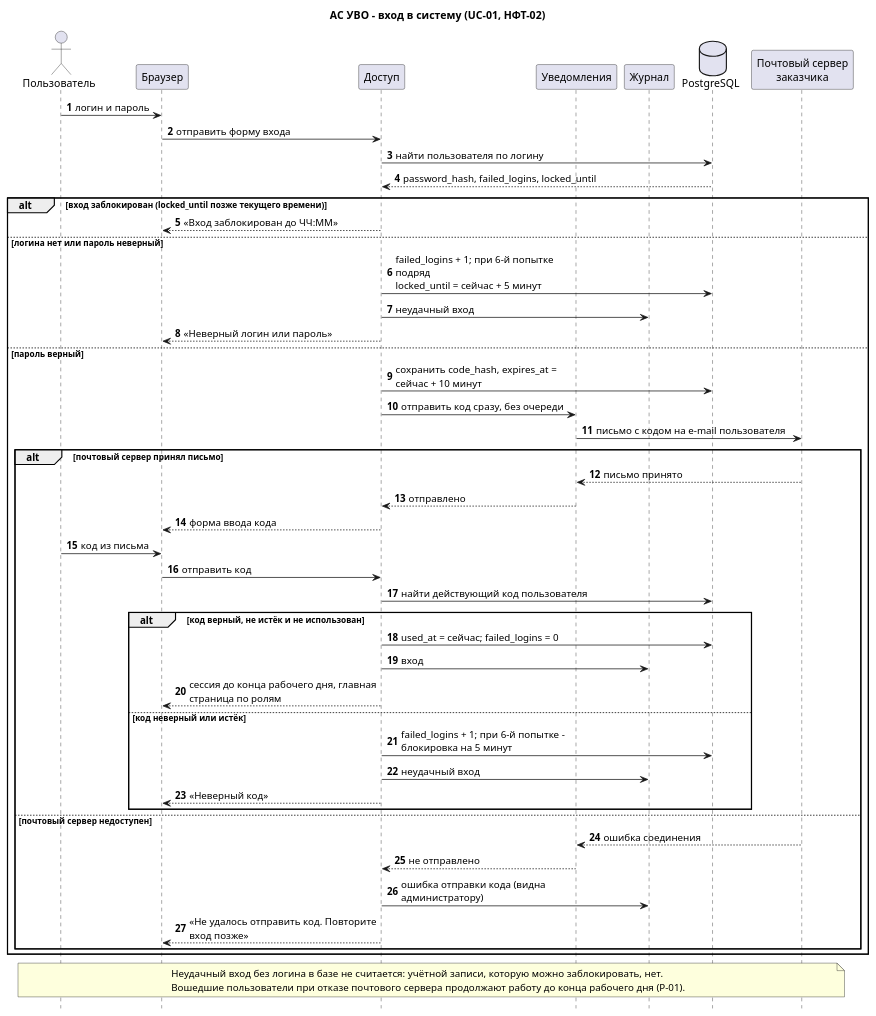
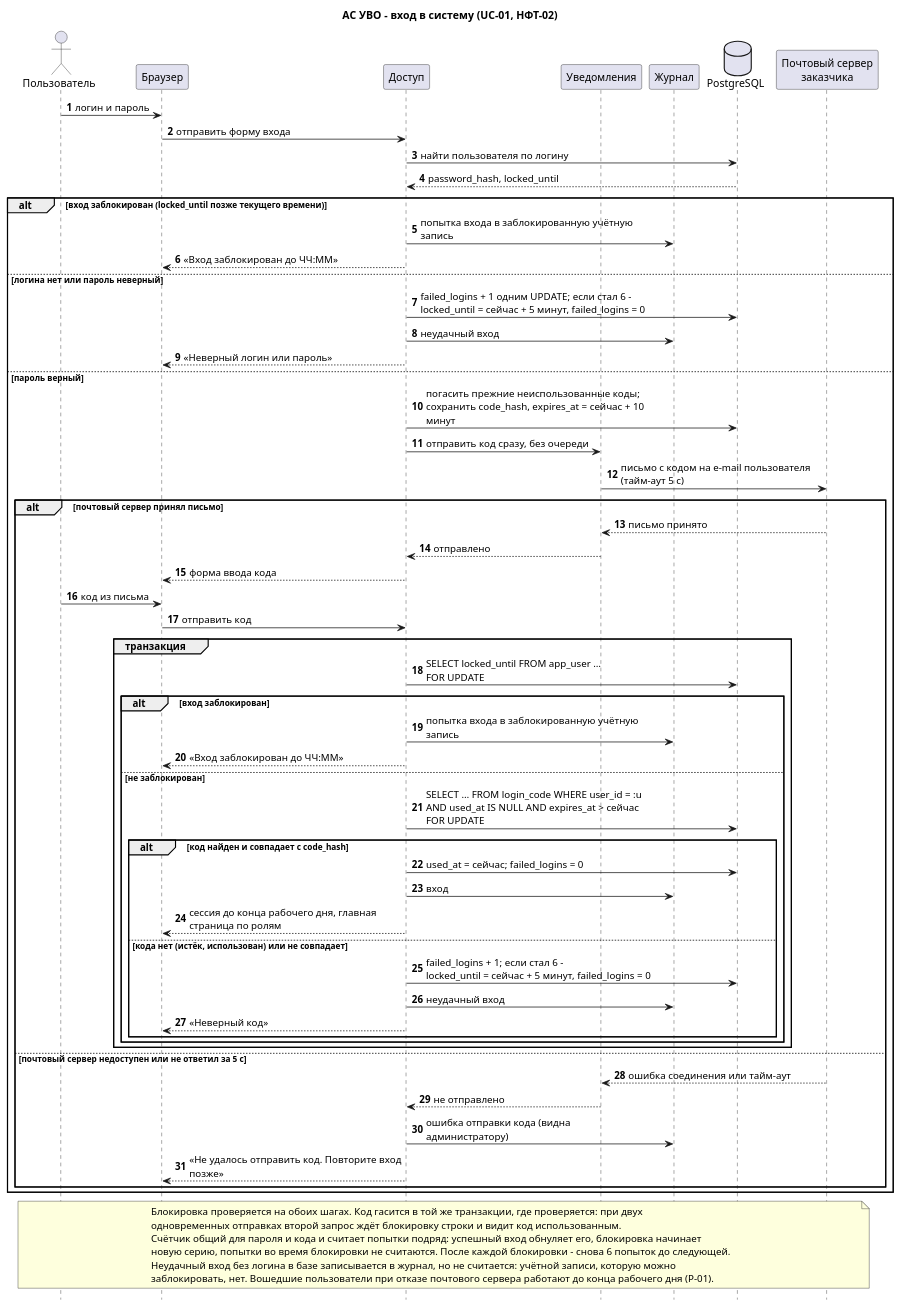
One commit to Rezak159/project-management changed the diagram in Lab2/docs/diagrams/sequence-login.puml. Above: the diagram before and after it, drawn with PlantUML. The commit also changed 50 other files, not shown here.

```diff
--- a/Lab2/docs/diagrams/sequence-login.puml
+++ b/Lab2/docs/diagrams/sequence-login.puml
@@ -1,62 +1,75 @@
 @startuml
 title АС УВО – вход в систему (UC-01, НФТ-02)
 skinparam shadowing false
 skinparam defaultFontName Arial
 skinparam sequenceMessageAlign left
 skinparam responseMessageBelowArrow true
-skinparam maxMessageSize 260
+skinparam maxMessageSize 300
 hide footbox
 autonumber
 
 actor "Пользователь" as U
 participant "Браузер" as B
 participant "Доступ" as ACC
 participant "Уведомления" as NTF
 participant "Журнал" as LOG
 database "PostgreSQL" as DB
 participant "Почтовый сервер\nзаказчика" as SMTP
 
 U -> B : логин и пароль
 B -> ACC : отправить форму входа
 ACC -> DB : найти пользователя по логину
-DB --> ACC : password_hash, failed_logins, locked_until
+DB --> ACC : password_hash, locked_until
 
 alt вход заблокирован (locked_until позже текущего времени)
+  ACC -> LOG : попытка входа в заблокированную учётную запись
   ACC --> B : «Вход заблокирован до ЧЧ:ММ»
 else логина нет или пароль неверный
-  ACC -> DB : failed_logins + 1; при 6-й попытке подряд\nlocked_until = сейчас + 5 минут
+  ACC -> DB : failed_logins + 1 одним UPDATE; если стал 6 –\nlocked_until = сейчас + 5 минут, failed_logins = 0
   ACC -> LOG : неудачный вход
   ACC --> B : «Неверный логин или пароль»
 else пароль верный
-  ACC -> DB : сохранить code_hash, expires_at = сейчас + 10 минут
+  ACC -> DB : погасить прежние неиспользованные коды;\nсохранить code_hash, expires_at = сейчас + 10 минут
   ACC -> NTF : отправить код сразу, без очереди
-  NTF -> SMTP : письмо с кодом на e-mail пользователя
+  NTF -> SMTP : письмо с кодом на e-mail пользователя (тайм-аут 5 с)
   alt почтовый сервер принял письмо
     SMTP --> NTF : письмо принято
     NTF --> ACC : отправлено
     ACC --> B : форма ввода кода
     U -> B : код из письма
     B -> ACC : отправить код
-    ACC -> DB : найти действующий код пользователя
-    alt код верный, не истёк и не использован
-      ACC -> DB : used_at = сейчас; failed_logins = 0
-      ACC -> LOG : вход
-      ACC --> B : сессия до конца рабочего дня, главная страница по ролям
-    else код неверный или истёк
-      ACC -> DB : failed_logins + 1; при 6-й попытке – блокировка на 5 минут
-      ACC -> LOG : неудачный вход
-      ACC --> B : «Неверный код»
+    group транзакция
+      ACC -> DB : SELECT locked_until FROM app_user …\nFOR UPDATE
+      alt вход заблокирован
+        ACC -> LOG : попытка входа в заблокированную учётную запись
+        ACC --> B : «Вход заблокирован до ЧЧ:ММ»
+      else не заблокирован
+        ACC -> DB : SELECT … FROM login_code WHERE user_id = :u\nAND used_at IS NULL AND expires_at > сейчас\nFOR UPDATE
+        alt код найден и совпадает с code_hash
+          ACC -> DB : used_at = сейчас; failed_logins = 0
+          ACC -> LOG : вход
+          ACC --> B : сессия до конца рабочего дня, главная страница по ролям
+        else кода нет (истёк, использован) или не совпадает
+          ACC -> DB : failed_logins + 1; если стал 6 –\nlocked_until = сейчас + 5 минут, failed_logins = 0
+          ACC -> LOG : неудачный вход
+          ACC --> B : «Неверный код»
+        end
+      end
     end
-  else почтовый сервер недоступен
-    SMTP --> NTF : ошибка соединения
+  else почтовый сервер недоступен или не ответил за 5 с
+    SMTP --> NTF : ошибка соединения или тайм-аут
     NTF --> ACC : не отправлено
     ACC -> LOG : ошибка отправки кода (видна администратору)
     ACC --> B : «Не удалось отправить код. Повторите вход позже»
   end
 end
 
 note over U, SMTP
-Неудачный вход без логина в базе не считается: учётной записи, которую можно заблокировать, нет.
-Вошедшие пользователи при отказе почтового сервера продолжают работу до конца рабочего дня (Р-01).
+Блокировка проверяется на обоих шагах. Код гасится в той же транзакции, где проверяется: при двух
+одновременных отправках второй запрос ждёт блокировку строки и видит код использованным.
+Счётчик общий для пароля и кода и считает попытки подряд: успешный вход обнуляет его, блокировка начинает
+новую серию, попытки во время блокировки не считаются. После каждой блокировки – снова 6 попыток до следующей.
+Неудачный вход без логина в базе записывается в журнал, но не считается: учётной записи, которую можно
+заблокировать, нет. Вошедшие пользователи при отказе почтового сервера работают до конца рабочего дня (Р-01).
 end note
 @enduml
```
